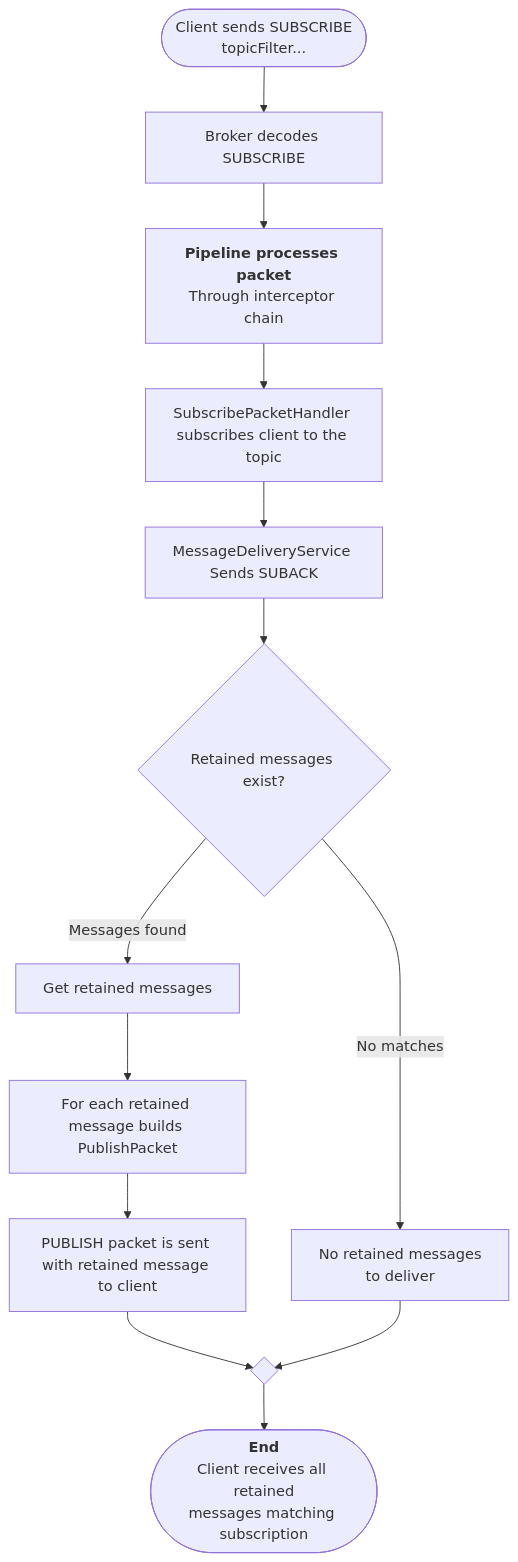
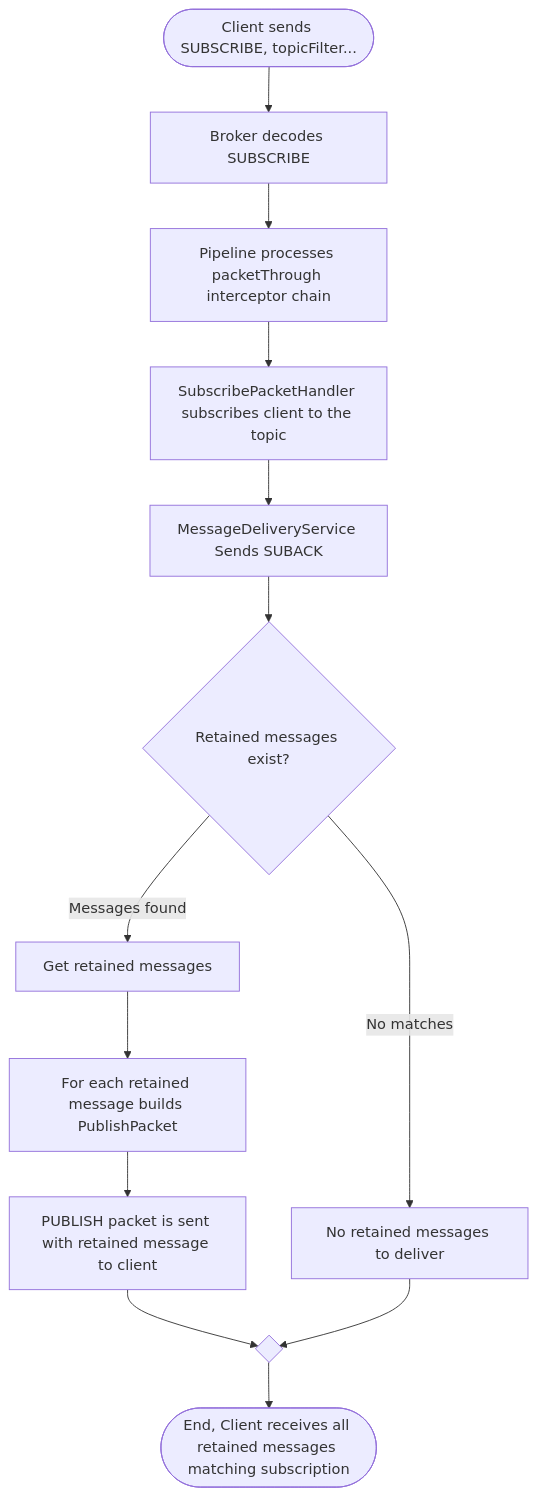
One commit to karolbystrek/mqtt-broker changed diagram 15 of 15 in README.md. Above: the diagram before and after it, drawn with Mermaid. The commit also changed other lines of this file, not shown here.

Commit message:
formatting for activity diagram

````diff
--- a/README.md
+++ b/README.md
@@ -1250,26 +1250,26 @@
 ```mermaid
 graph TD
-    Start([Client sends SUBSCRIBE<br/>topicFilter...]) --> Decode["Broker decodes SUBSCRIBE"]
+    Start([Client sends SUBSCRIBE, topicFilter...]) --> Decode["Broker decodes SUBSCRIBE"]
     
-    Decode --> Pipeline["<b>Pipeline processes packet</b><br/>Through interceptor chain"]
+    Decode --> Pipeline["Pipeline processes packetThrough interceptor chain"]
     
     Pipeline --> Subscribe["SubscribePacketHandler subscribes client to the topic"]
     
     Subscribe --> SubAck["MessageDeliveryService Sends SUBACK"]
  
     SubAck --> RetainedCheck{"Retained messages exist?"}
     
-    RetainedCheck -->|No matches| NoRetained["No retained messages<br/>to deliver"]
+    RetainedCheck -->|No matches| NoRetained["No retained messages to deliver"]
     
     RetainedCheck -->|Messages found| GetRetained["Get retained messages"]
     
     GetRetained --> ForEach["For each retained message builds PublishPacket"]
     
     ForEach --> SendRetained["PUBLISH packet is sent with retained message to client"]
     
     SendRetained --> Merge{" "}
     NoRetained --> Merge
     
-    Merge --> End(["<b>End</b><br/>Client receives all retained<br/>messages matching subscription"])
+    Merge --> End(["End, Client receives all retained messages matching subscription"])
     
 ```
````
